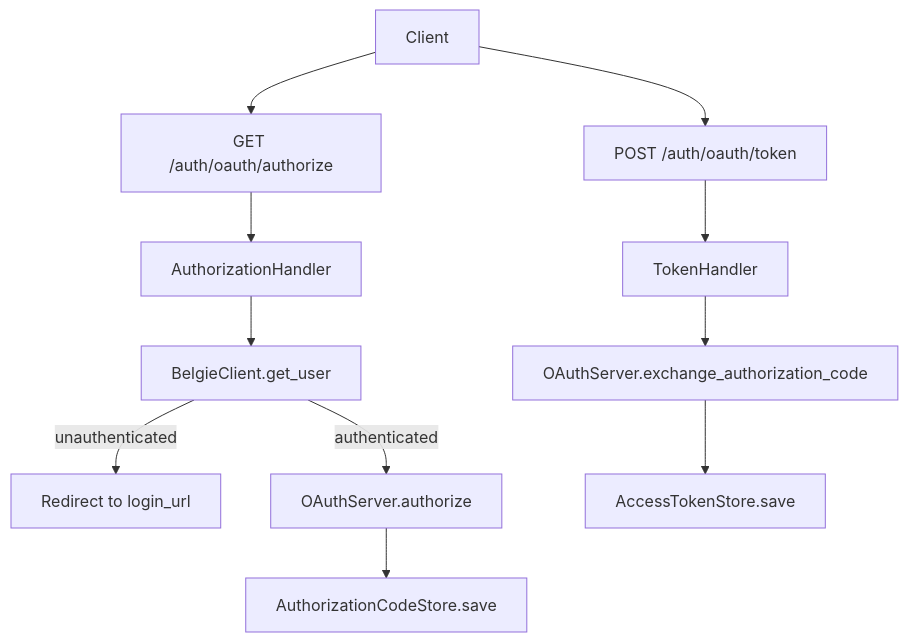
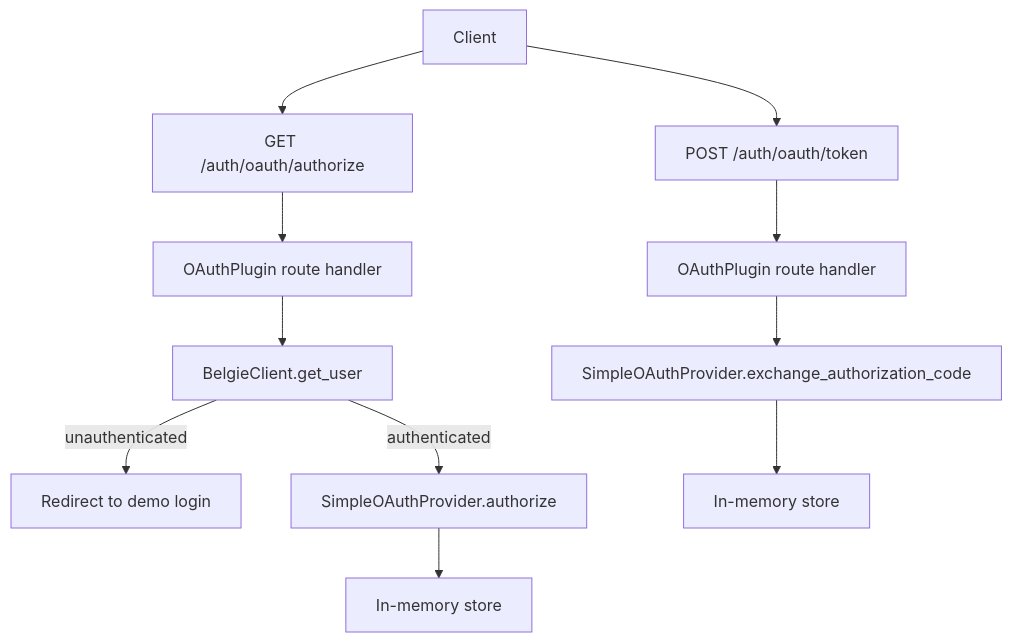
One commit to mplemay/belgie changed the first of 5 diagrams in design/010-belgie-oauth-auth-server.md. Above: the diagram before and after it, drawn with Mermaid. The commit also changed other lines of this file and 8 other files, not shown here.

````diff
--- a/design/010-belgie-oauth-auth-server.md
+++ b/design/010-belgie-oauth-auth-server.md
@@ -78,13 +78,13 @@
 ```mermaid
 graph TD
     A[Client] --> B[GET /auth/oauth/authorize]
-    B --> C[AuthorizationHandler]
+    B --> C[OAuthPlugin route handler]
     C --> D[BelgieClient.get_user]
-    D -->|unauthenticated| E[Redirect to login_url]
-    D -->|authenticated| F[OAuthServer.authorize]
-    F --> G[AuthorizationCodeStore.save]
+    D -->|unauthenticated| E[Redirect to demo login]
+    D -->|authenticated| F[SimpleOAuthProvider.authorize]
+    F --> G[In-memory store]
     A --> H[POST /auth/oauth/token]
-    H --> I[TokenHandler]
-    I --> J[OAuthServer.exchange_authorization_code]
-    J --> K[AccessTokenStore.save]
+    H --> I[OAuthPlugin route handler]
+    I --> J[SimpleOAuthProvider.exchange_authorization_code]
+    J --> K[In-memory store]
 ```
````
